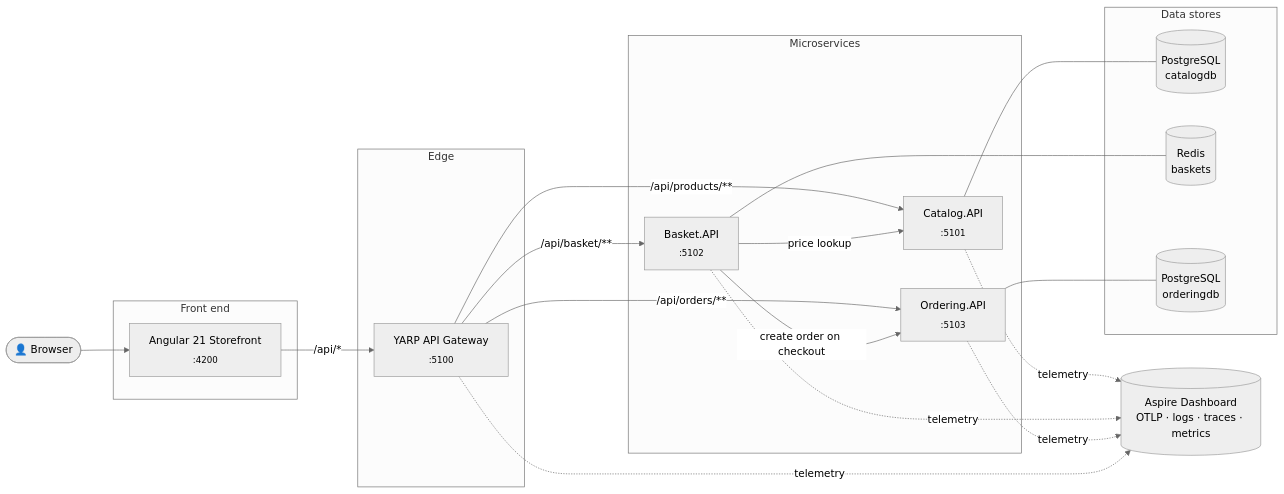
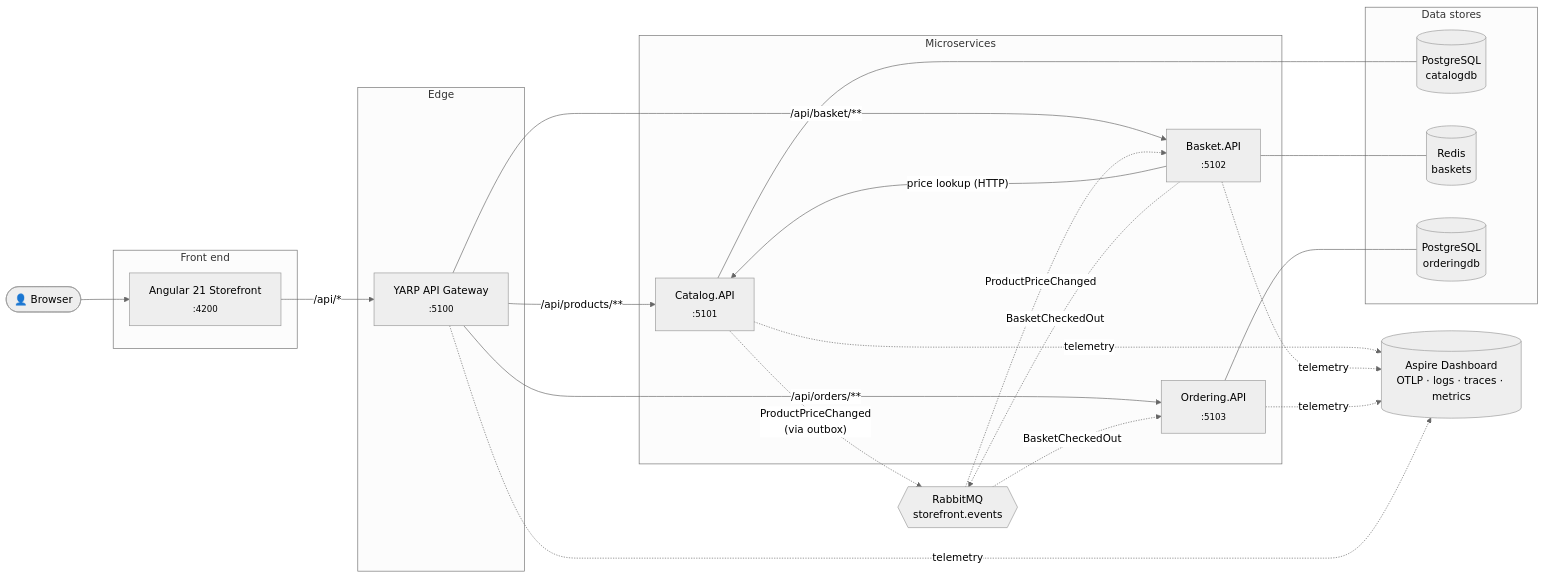
The diagram in README.md (dejanciev-dev/aspnetcore-microservices), drawn with Mermaid (neutral theme) before and after one commit. The commit also changed other lines of this file and 4 other files, not shown here.

````diff
--- a/README.md
+++ b/README.md
@@ -41,39 +43,43 @@
 ```mermaid
 flowchart LR
     user([👤 Browser])
 
     subgraph web [Front end]
         spa[Angular 21 Storefront<br/><sub>:4200</sub>]
     end
 
     subgraph edge [Edge]
         gw[YARP API Gateway<br/><sub>:5100</sub>]
     end
 
     subgraph services [Microservices]
         catalog[Catalog.API<br/><sub>:5101</sub>]
         basket[Basket.API<br/><sub>:5102</sub>]
         ordering[Ordering.API<br/><sub>:5103</sub>]
     end
 
     subgraph data [Data stores]
         catalogdb[(PostgreSQL<br/>catalogdb)]
         redis[(Redis<br/>baskets)]
         orderingdb[(PostgreSQL<br/>orderingdb)]
     end
 
+    mq{{RabbitMQ<br/>storefront.events}}
     otel[(Aspire Dashboard<br/>OTLP · logs · traces · metrics)]
 
     user --> spa
     spa -- "/api/*" --> gw
     gw -- "/api/products/**" --> catalog
     gw -- "/api/basket/**" --> basket
     gw -- "/api/orders/**" --> ordering
-    basket -- "price lookup" --> catalog
-    basket -- "create order on checkout" --> ordering
+    basket -- "price lookup (HTTP)" --> catalog
+    catalog -. "ProductPriceChanged<br/>(via outbox)" .-> mq
+    basket -. "BasketCheckedOut" .-> mq
+    mq -. "ProductPriceChanged" .-> basket
+    mq -. "BasketCheckedOut" .-> ordering
     catalog --- catalogdb
     basket --- redis
     ordering --- orderingdb
 
     catalog & basket & ordering & gw -. telemetry .-> otel
 ```
````
